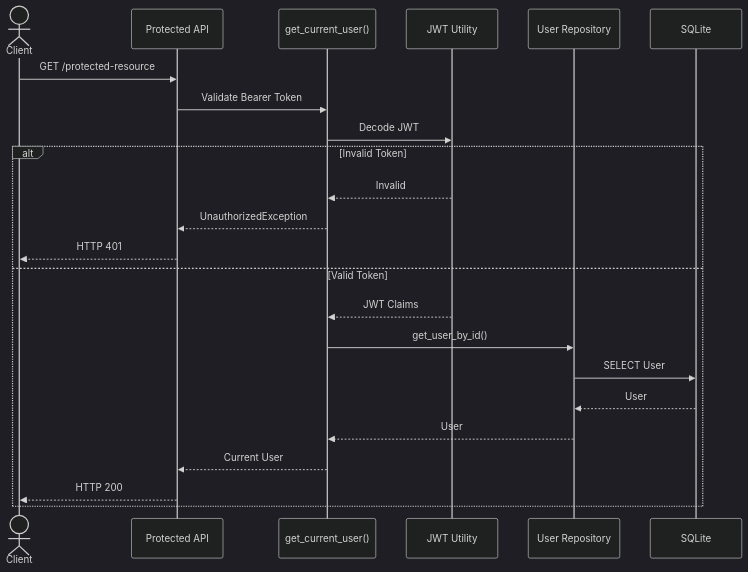
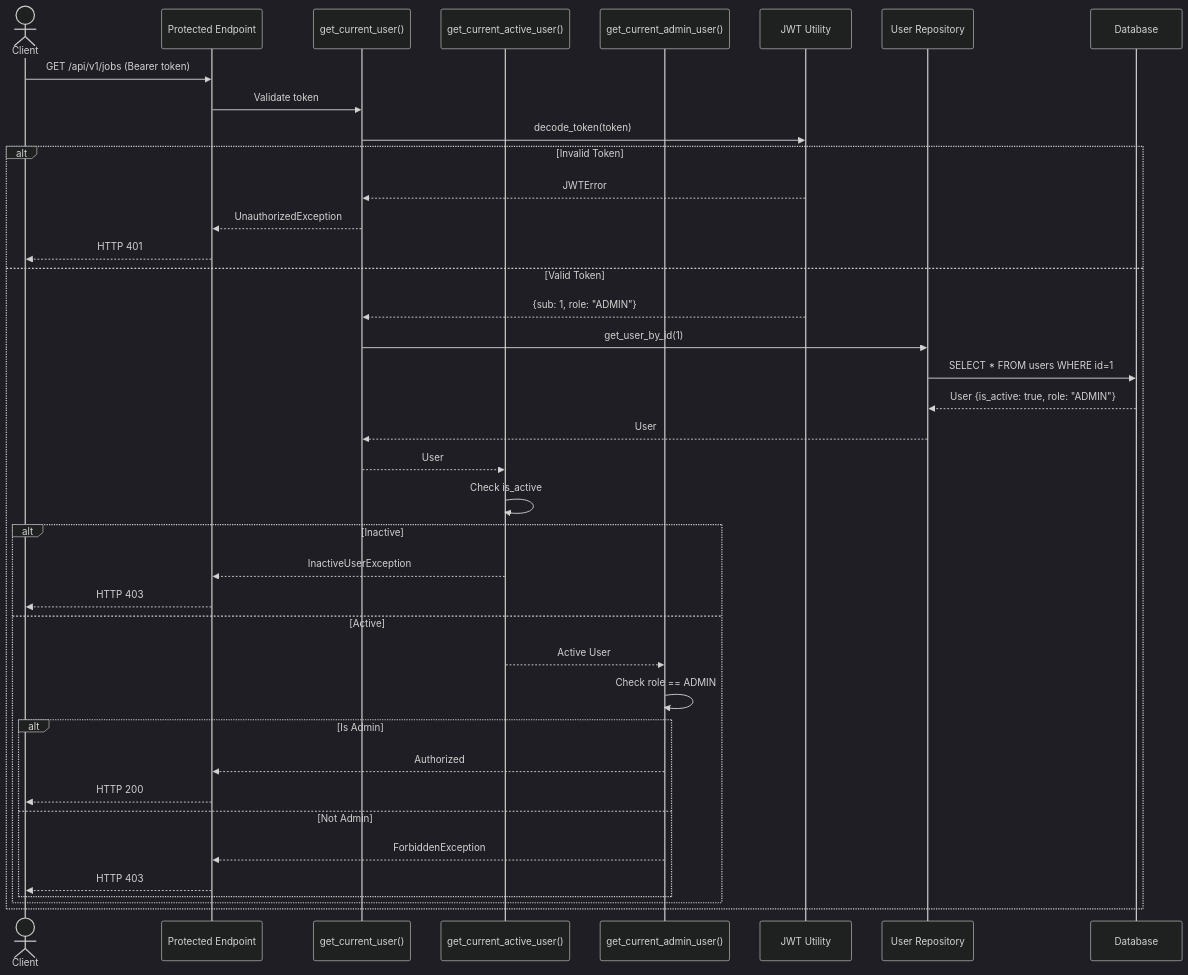
One commit to kmrgautam18-alt/career-ops-v2 changed the second of 3 diagrams in docs/diagrams/07-authorization-flow.md. Above: the diagram before and after it, drawn with Mermaid (dark theme). The commit also changed other lines of this file and 8 other files, not shown here.

First line of the commit message:
docs: comprehensively update all 17 diagrams to reflect complete feature set

````diff
--- a/docs/diagrams/07-authorization-flow.md
+++ b/docs/diagrams/07-authorization-flow.md
@@ -76,43 +75,47 @@
 ```mermaid
 sequenceDiagram
 
 actor Client
+participant API as Protected Endpoint
+participant AuthDep as get_current_user()
+participant ActiveDep as get_current_active_user()
+participant AdminDep as get_current_admin_user()
+participant JWT as JWT Utility
+participant Repo as User Repository
+participant DB as Database
 
-participant API as Protected API
-participant Dependency as get_current_user()
-participant JWT as JWT Utility
-participant Repository as User Repository
-participant Database as SQLite
+Client->>API: GET /api/v1/jobs (Bearer token)
 
-Client->>API: GET /protected-resource
-
-API->>Dependency: Validate Bearer Token
-
-Dependency->>JWT: Decode JWT
+API->>AuthDep: Validate token
+AuthDep->>JWT: decode_token(token)
 
 alt Invalid Token
-
-JWT-->>Dependency: Invalid
-
-Dependency-->>API: UnauthorizedException
-
-API-->>Client: HTTP 401
-
+    JWT-->>AuthDep: JWTError
+    AuthDep-->>API: UnauthorizedException
+    API-->>Client: HTTP 401
 else Valid Token
-
-JWT-->>Dependency: JWT Claims
-
-Dependency->>Repository: get_user_by_id()
-
-Repository->>Database: SELECT User
-
-Database-->>Repository: User
-
-Repository-->>Dependency: User
-
-Dependency-->>API: Current User
-
-API-->>Client: HTTP 200
-
+    JWT-->>AuthDep: {sub: 1, role: "ADMIN"}
+    AuthDep->>Repo: get_user_by_id(1)
+    Repo->>DB: SELECT * FROM users WHERE id=1
+    DB-->>Repo: User {is_active: true, role: "ADMIN"}
+    Repo-->>AuthDep: User
+    AuthDep-->>ActiveDep: User
+    
+    ActiveDep->>ActiveDep: Check is_active
+    alt Inactive
+        ActiveDep-->>API: InactiveUserException
+        API-->>Client: HTTP 403
+    else Active
+        ActiveDep-->>AdminDep: Active User
+        
+        AdminDep->>AdminDep: Check role == ADMIN
+        alt Is Admin
+            AdminDep-->>API: Authorized
+            API-->>Client: HTTP 200
+        else Not Admin
+            AdminDep-->>API: ForbiddenException
+            API-->>Client: HTTP 403
+        end
+    end
 end
 ```
````
